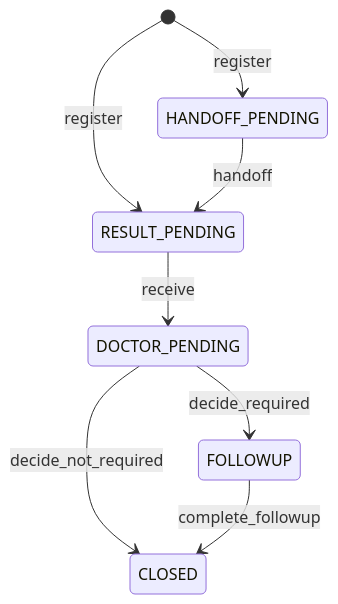
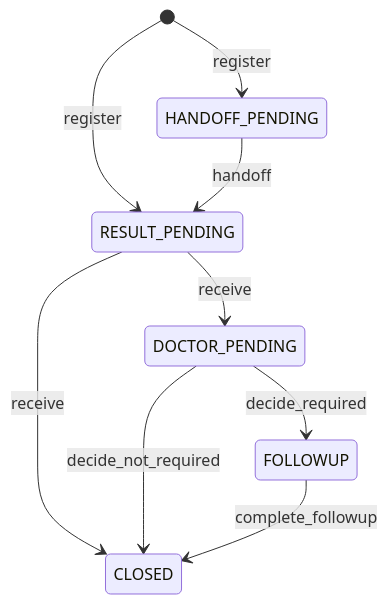
One commit to corcoidum/coriops-nexus changed the diagram in docs/state-machine.md. Above: the diagram before and after it, drawn with Mermaid. The commit also changed other lines of this file and 24 other files, not shown here.

````diff
--- a/docs/state-machine.md
+++ b/docs/state-machine.md
@@ -20,10 +20,11 @@
 ```mermaid
 stateDiagram-v2
     [*] --> HANDOFF_PENDING : register
     [*] --> RESULT_PENDING : register
     HANDOFF_PENDING --> RESULT_PENDING : handoff
     RESULT_PENDING --> DOCTOR_PENDING : receive
+    RESULT_PENDING --> CLOSED : receive
     DOCTOR_PENDING --> FOLLOWUP : decide_required
     DOCTOR_PENDING --> CLOSED : decide_not_required
     FOLLOWUP --> CLOSED : complete_followup
 ```
````
